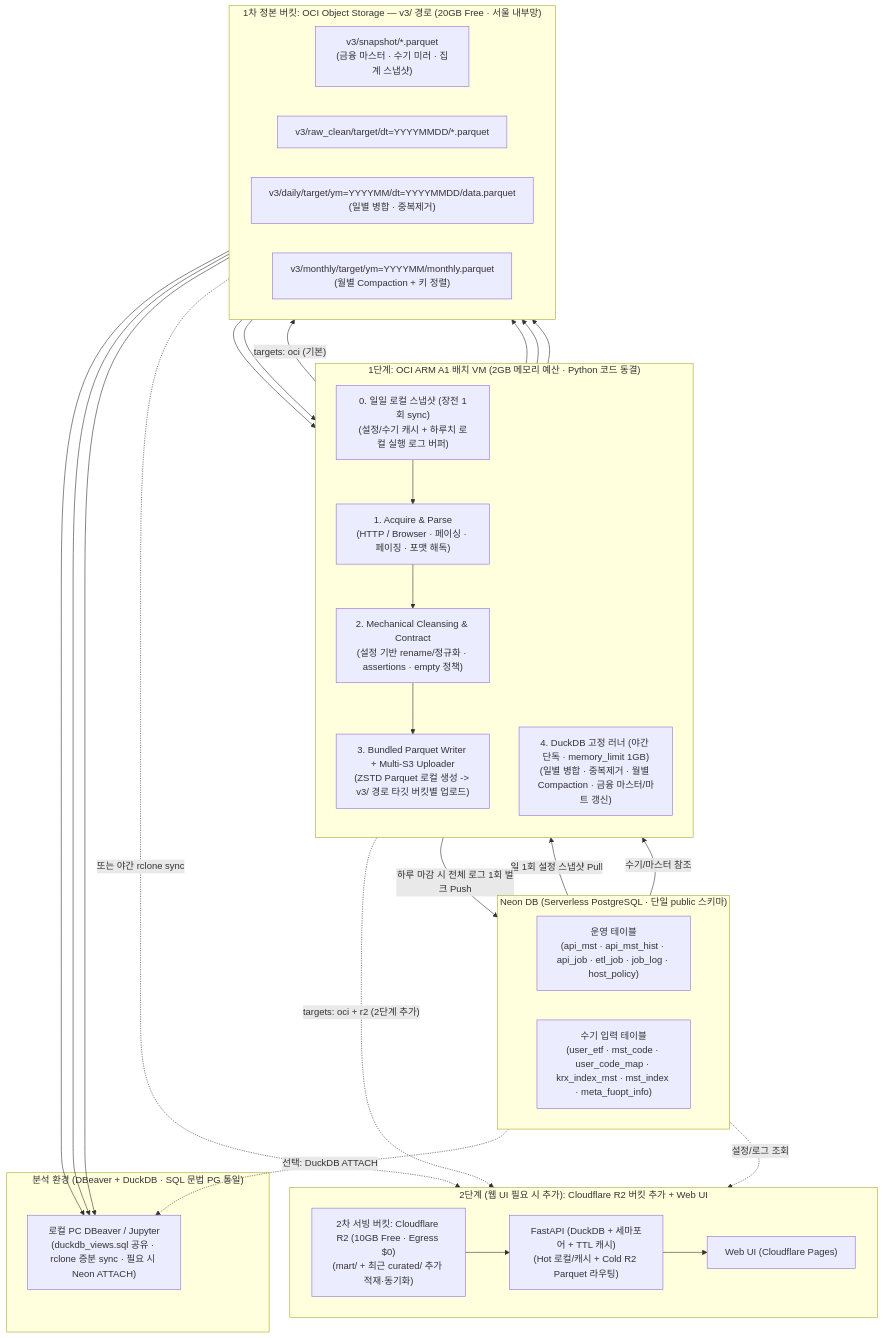
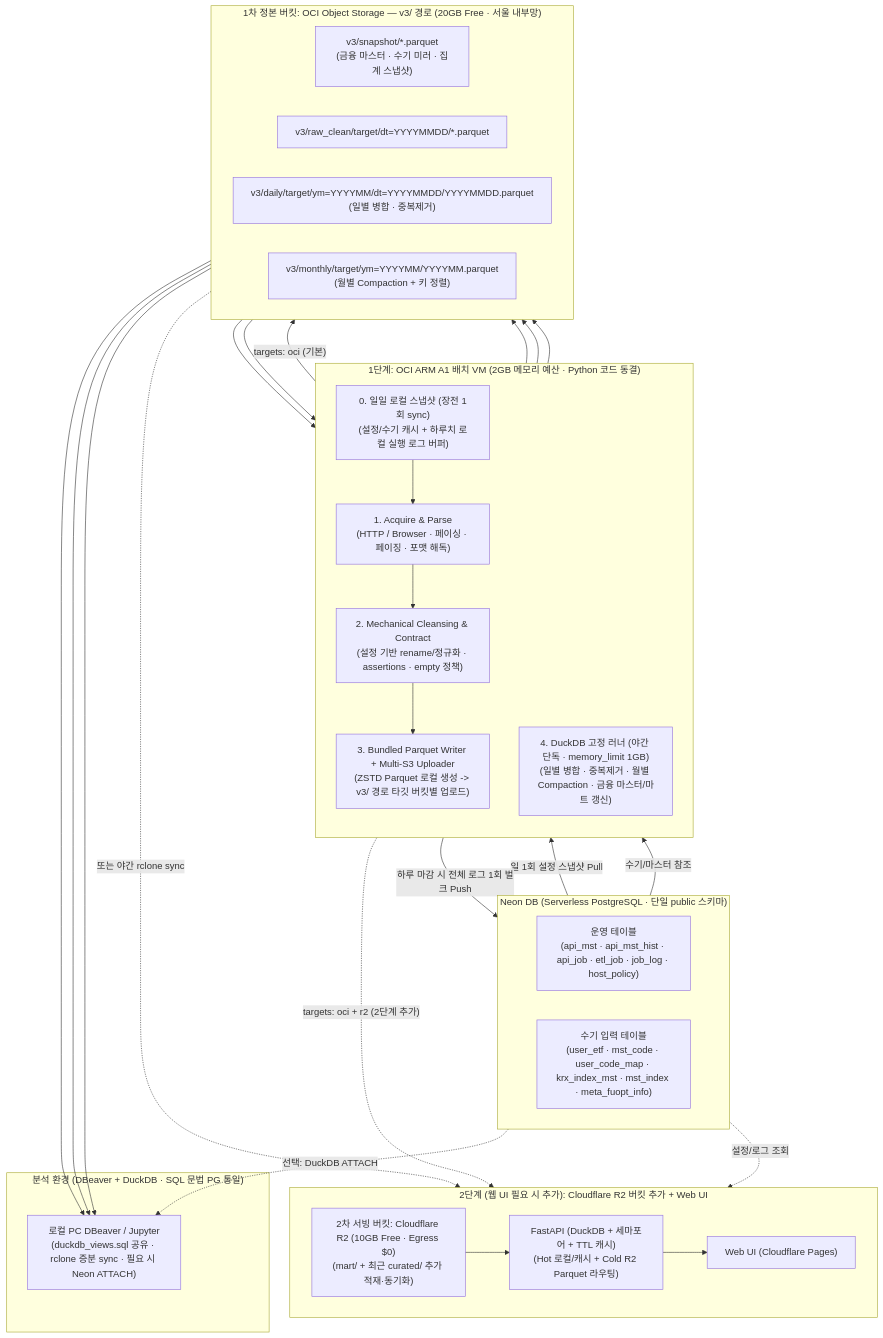
Before and after one commit to gofcon/pyscrap: the diagram in docs/ARCHITECTURE-V3.md, drawn with Mermaid. The commit also changed other lines of this file and 5 other files, not shown here.

Commit message:
refactor(v3): name daily and monthly ETL files YYYYMMDD.parquet and YYYYMM.parquet

````diff
--- a/docs/ARCHITECTURE-V3.md
+++ b/docs/ARCHITECTURE-V3.md
@@ -19,55 +19,55 @@
 ```mermaid
 flowchart TD
     subgraph NEON["Neon DB (Serverless PostgreSQL · 단일 public 스키마)"]
         direction LR
         OPS["운영 테이블\n(api_mst · api_mst_hist · api_job · etl_job · job_log · host_policy)"]
         REF["수기 입력 테이블\n(user_etf · mst_code · user_code_map · krx_index_mst · mst_index · meta_fuopt_info)"]
     end
 
     subgraph VM["1단계: OCI ARM A1 배치 VM (2GB 메모리 예산 · Python 코드 동결)"]
         direction TB
         CACHE["0. 일일 로컬 스냅샷 (장전 1회 sync)\n(설정/수기 캐시 + 하루치 로컬 실행 로그 버퍼)"]
         ACQ["1. Acquire & Parse\n(HTTP / Browser · 페이싱 · 페이징 · 포맷 해독)"]
         CLN["2. Mechanical Cleansing & Contract\n(설정 기반 rename/정규화 · assertions · empty 정책)"]
         WRT["3. Bundled Parquet Writer + Multi-S3 Uploader\n(ZSTD Parquet 로컬 생성 -> v3/ 경로 타깃 버킷별 업로드)"]
         DKB["4. DuckDB 고정 러너 (야간 단독 · memory_limit 1GB)\n(일별 병합 · 중복제거 · 월별 Compaction · 금융 마스터/마트 갱신)"]
         CACHE --> ACQ --> CLN --> WRT
     end
 
     subgraph OCI_B["1차 정본 버킷: OCI Object Storage — v3/ 경로 (20GB Free · 서울 내부망)"]
         direction LR
         REF_P["v3/snapshot/*.parquet\n(금융 마스터 · 수기 미러 · 집계 스냅샷)"]
         RAW_P["v3/raw_clean/target/dt=YYYYMMDD/*.parquet"]
-        DAY_P["v3/daily/target/ym=YYYYMM/dt=YYYYMMDD/data.parquet\n(일별 병합 · 중복제거)"]
-        MON_P["v3/monthly/target/ym=YYYYMM/monthly.parquet\n(월별 Compaction + 키 정렬)"]
+        DAY_P["v3/daily/target/ym=YYYYMM/dt=YYYYMMDD/YYYYMMDD.parquet\n(일별 병합 · 중복제거)"]
+        MON_P["v3/monthly/target/ym=YYYYMM/YYYYMM.parquet\n(월별 Compaction + 키 정렬)"]
     end
 
     subgraph ANAL["분석 환경 (DBeaver + DuckDB · SQL 문법 PG 통일)"]
         LOCAL["로컬 PC DBeaver / Jupyter\n(duckdb_views.sql 공유 · rclone 증분 sync · 필요 시 Neon ATTACH)"]
     end
 
     subgraph UI_STAGE["2단계 (웹 UI 필요 시 추가): Cloudflare R2 버킷 추가 + Web UI"]
         direction LR
         R2["2차 서빙 버킷: Cloudflare R2 (10GB Free · Egress $0)\n(mart/ + 최근 curated/ 추가 적재·동기화)"]
         API["FastAPI (DuckDB + 세마포어 + TTL 캐시)\n(Hot 로컬/캐시 + Cold R2 Parquet 라우팅)"]
         WEB["Web UI (Cloudflare Pages)"]
         R2 --> API --> WEB
     end
 
     OPS -->|"일 1회 설정 스냅샷 Pull"| CACHE
     CACHE -->|"하루 마감 시 전체 로그 1회 벌크 Push"| OPS
     REF -->|"수기/마스터 참조"| CACHE
     WRT -->|"targets: oci (기본)"| RAW_P
     RAW_P --> DKB
     REF_P --> DKB
     DKB --> REF_P
     DKB --> DAY_P
     DKB --> MON_P
     DAY_P --> LOCAL
     MON_P --> LOCAL
     REF_P --> LOCAL
     REF -.->|"선택: DuckDB ATTACH"| LOCAL
     DKB -.->|"targets: oci + r2 (2단계 추가)"| R2
     REF_P -.->|"또는 야간 rclone sync"| R2
     OPS -.->|"설정/로그 조회"| API
 ```
````
